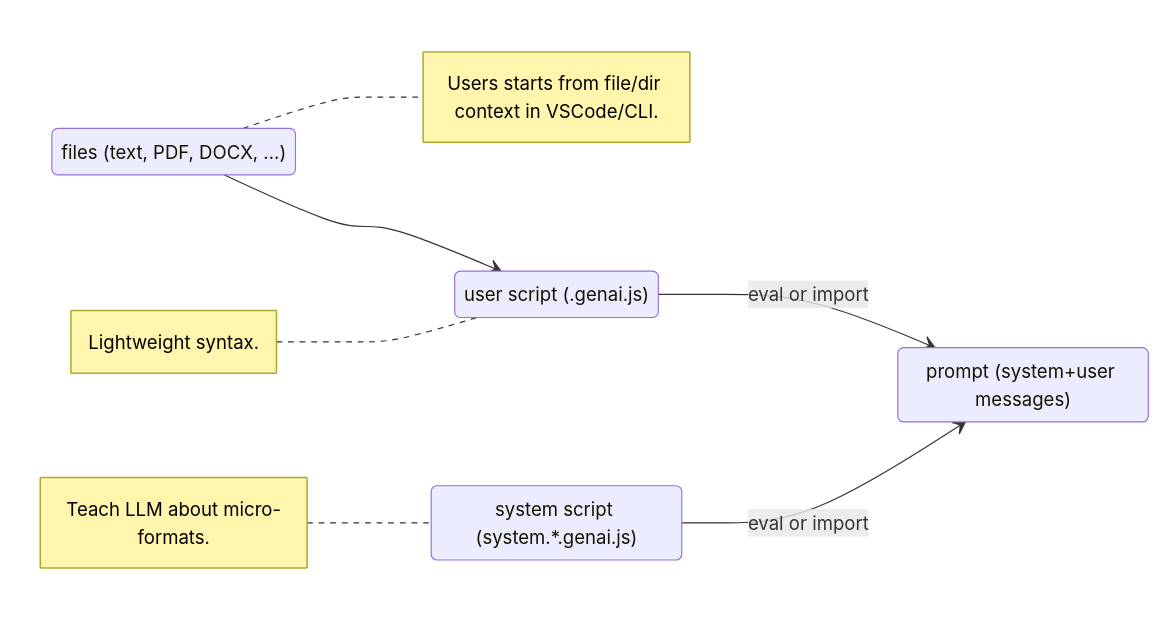
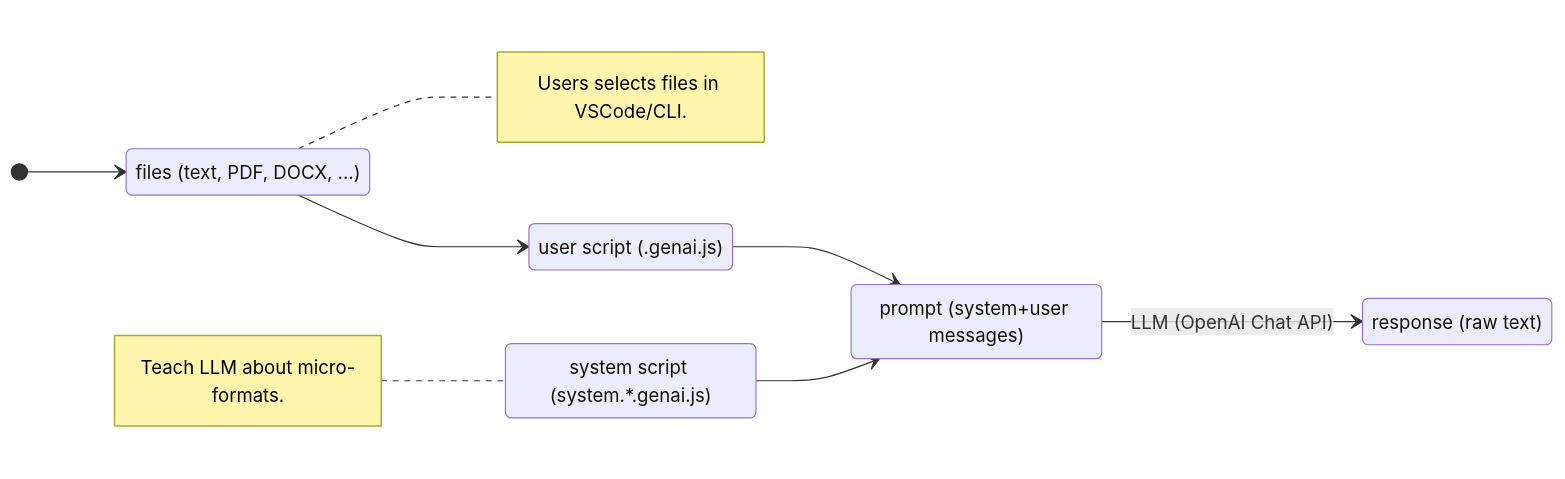
One commit to microsoft/genaiscript changed the diagram in slides/pages/script-prompt.md. Above: the diagram before and after it, drawn with Mermaid. The commit also changed other lines of this file and 5 other files, not shown here.

````diff
--- a/slides/pages/script-prompt.md
+++ b/slides/pages/script-prompt.md
@@ -5,15 +8,17 @@
 ```mermaid
 
 stateDiagram
   direction LR
+    [*] --> context
     context: files (text, PDF, DOCX, ...)
     script : user script (.genai.js)
     prompt : prompt (system+user messages)
     system: system script (system.*.genai.js)
     context --> script
-    note right of context : Users starts from file/dir context in VSCode/CLI.
-    note left of script : Lightweight syntax.
-    script --> prompt : eval or import
-    system --> prompt : eval or import
+    note right of context : Users selects files in VSCode/CLI.
+    script --> prompt
+    system --> prompt
     note left of system: Teach LLM about micro-formats.
+    prompt --> response : LLM (OpenAI Chat API)
+    response: response (raw text)
 ```
````
